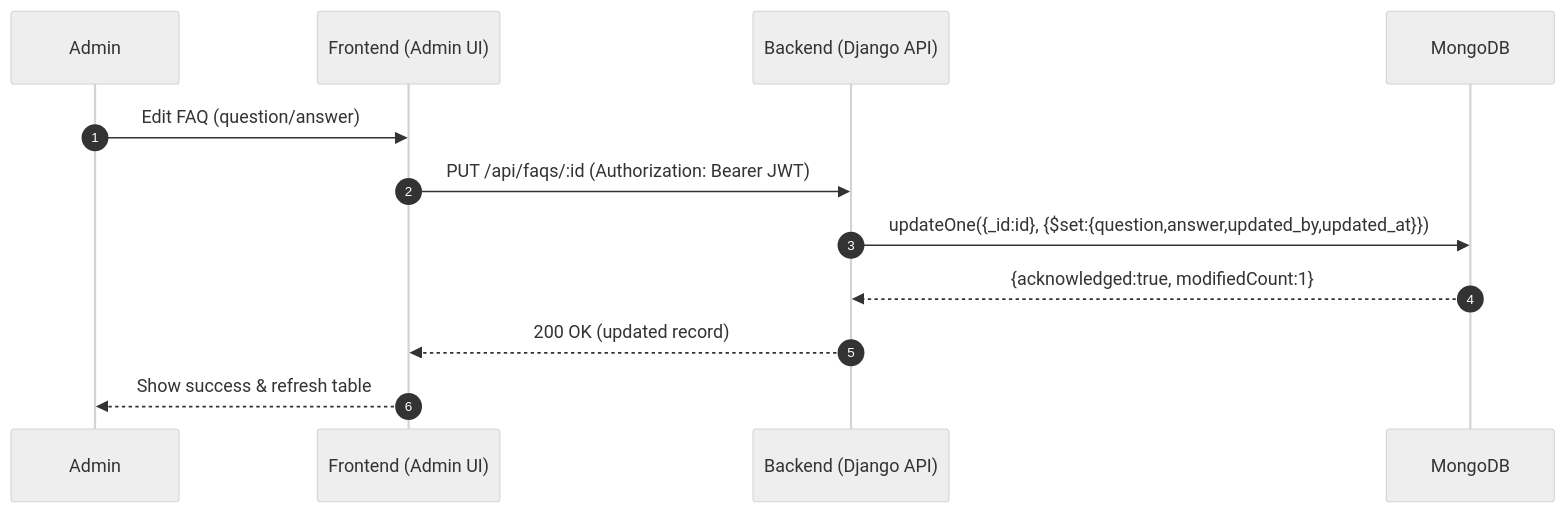
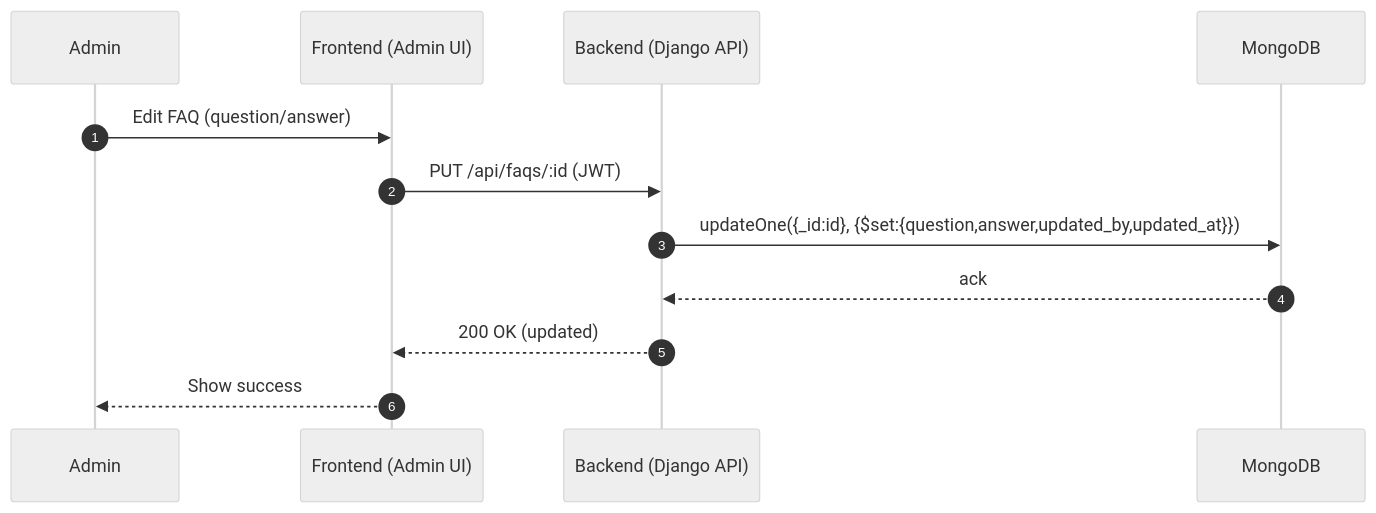
Before and after one commit to M0simi/portfolio: the third of 4 diagrams in Stage3.md, drawn with Mermaid (neutral theme). The commit also changed other lines of this file, not shown here.

````diff
--- a/Stage3.md
+++ b/Stage3.md
@@ -148,15 +155,15 @@
 ```mermaid
 sequenceDiagram
   autonumber
   participant Admin
   participant FE as Frontend (Admin UI)
   participant BE as Backend (Django API)
   participant DB as MongoDB
 
   Admin->>FE: Edit FAQ (question/answer)
-  FE->>BE: PUT /api/faqs/:id (Authorization: Bearer JWT)
+  FE->>BE: PUT /api/faqs/:id (JWT)
   BE->>DB: updateOne({_id:id}, {$set:{question,answer,updated_by,updated_at}})
-  DB-->>BE: {acknowledged:true, modifiedCount:1}
-  BE-->>FE: 200 OK (updated record)
-  FE-->>Admin: Show success & refresh table
+  DB-->>BE: ack
+  BE-->>FE: 200 OK (updated)
+  FE-->>Admin: Show success
 ```
````
